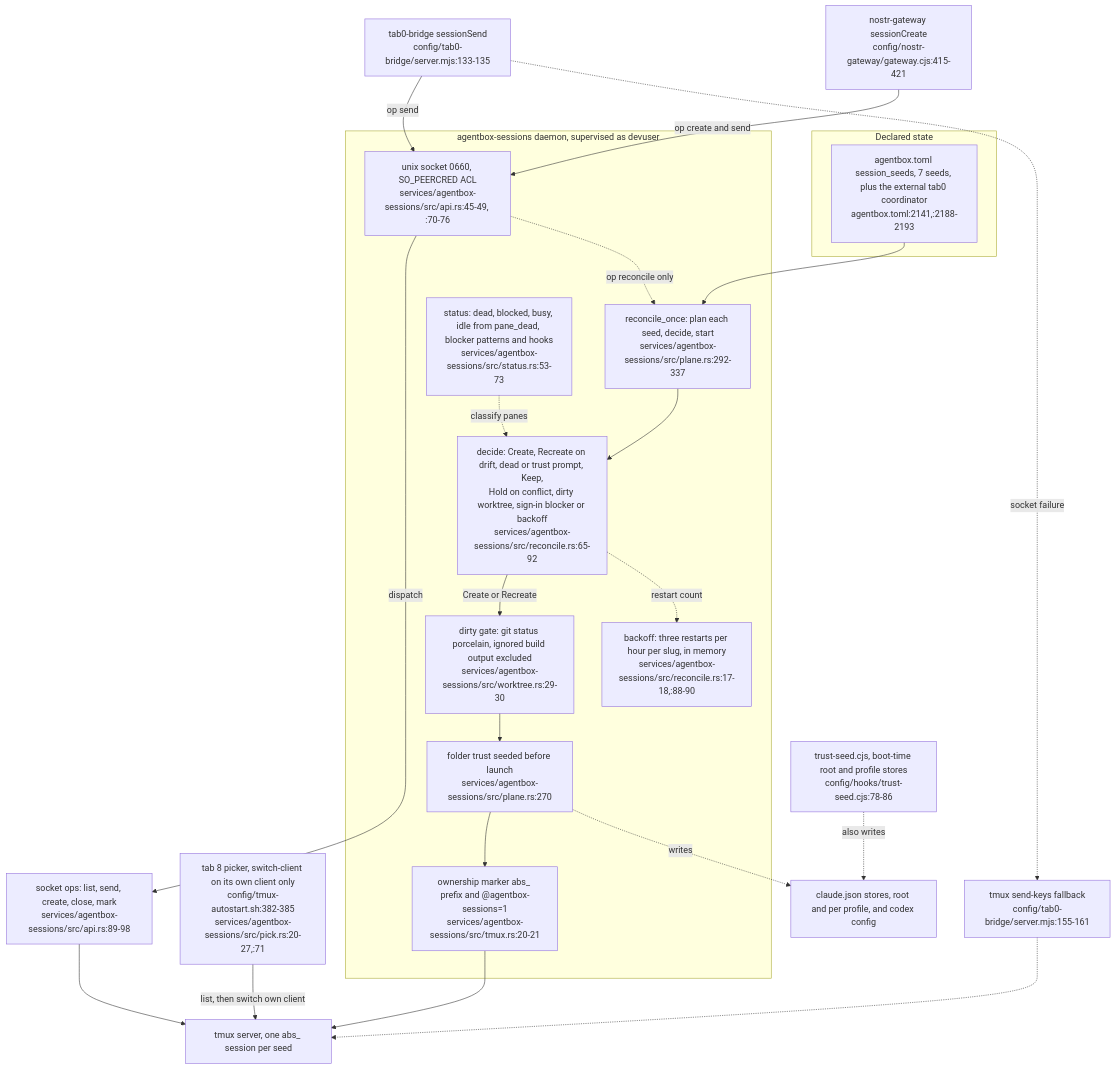
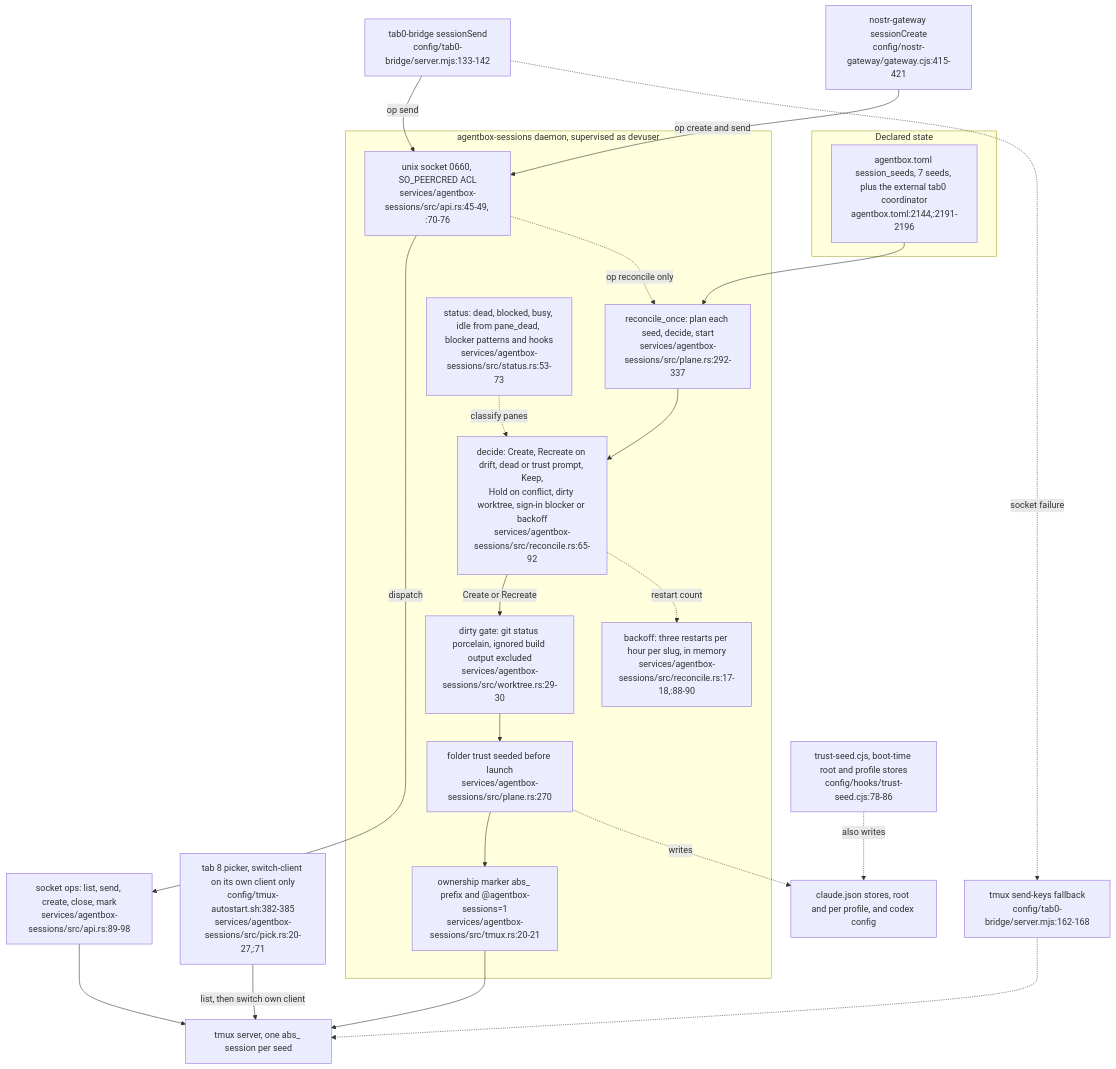
One commit to DreamLab-AI/VisionFlow changed diagram 12 of 12 in docs/diagrams/agentbox/12-tab0-bridge-and-interaction-plane.md. Above: the diagram before and after it, drawn with Mermaid. The commit also changed other lines of this file and 142 other files, not shown here.

First line of the commit message:
docs(diagrams): one System One route; re-verify 140 topics at today's heads

````diff
--- a/docs/diagrams/agentbox/12-tab0-bridge-and-interaction-plane.md
+++ b/docs/diagrams/agentbox/12-tab0-bridge-and-interaction-plane.md
@@ -523,43 +523,43 @@
 ```mermaid
 flowchart TB
     subgraph DECL["Declared state"]
-        MAN["agentbox.toml session_seeds, 7 seeds, plus the external tab0 coordinator<br/>agentbox.toml:2141,:2188-2193"]
+        MAN["agentbox.toml session_seeds, 7 seeds, plus the external tab0 coordinator<br/>agentbox.toml:2144,:2191-2196"]
     end
     subgraph DAEMON["agentbox-sessions daemon, supervised as devuser"]
         REC["reconcile_once: plan each seed, decide, start<br/>services/agentbox-sessions/src/plane.rs:292-337"]
         DEC["decide: Create, Recreate on drift, dead or trust prompt, Keep,<br/>Hold on conflict, dirty worktree, sign-in blocker or backoff<br/>services/agentbox-sessions/src/reconcile.rs:65-92"]
         DIRTY["dirty gate: git status porcelain, ignored build output excluded<br/>services/agentbox-sessions/src/worktree.rs:29-30"]
         BACK["backoff: three restarts per hour per slug, in memory<br/>services/agentbox-sessions/src/reconcile.rs:17-18,:88-90"]
         TRUST["folder trust seeded before launch<br/>services/agentbox-sessions/src/plane.rs:270"]
         OWN["ownership marker abs_ prefix and @agentbox-sessions=1<br/>services/agentbox-sessions/src/tmux.rs:20-21"]
         STAT["status: dead, blocked, busy, idle from pane_dead, blocker patterns and hooks<br/>services/agentbox-sessions/src/status.rs:53-73"]
         SOCK["unix socket 0660, SO_PEERCRED ACL<br/>services/agentbox-sessions/src/api.rs:45-49, :70-76"]
     end
     TMUX["tmux server, one abs_ session per seed"]
     PICK["tab 8 picker, switch-client on its own client only<br/>config/tmux-autostart.sh:382-385<br/>services/agentbox-sessions/src/pick.rs:20-27,:71"]
     OPS["socket ops: list, send, create, close, mark<br/>services/agentbox-sessions/src/api.rs:89-98"]
     STORES["claude.json stores, root and per profile, and codex config"]
-    TB["tab0-bridge sessionSend<br/>config/tab0-bridge/server.mjs:133-135"]
+    TB["tab0-bridge sessionSend<br/>config/tab0-bridge/server.mjs:133-142"]
     GW["nostr-gateway sessionCreate<br/>config/nostr-gateway/gateway.cjs:415-421"]
-    FB["tmux send-keys fallback<br/>config/tab0-bridge/server.mjs:155-161"]
+    FB["tmux send-keys fallback<br/>config/tab0-bridge/server.mjs:162-168"]
     TS["trust-seed.cjs, boot-time root and profile stores<br/>config/hooks/trust-seed.cjs:78-86"]
 
     MAN --> REC
     REC --> DEC
     DEC -->|Create or Recreate| DIRTY
     DIRTY --> TRUST
     TRUST --> OWN
     OWN --> TMUX
     DEC -.->|restart count| BACK
     STAT -.->|classify panes| DEC
     TB -->|op send| SOCK
     GW -->|op create and send| SOCK
     SOCK -->|dispatch| OPS
     OPS --> TMUX
     SOCK -.->|op reconcile only| REC
     TB -.->|socket failure| FB
     FB -.-> TMUX
     PICK -->|list, then switch own client| TMUX
     TRUST -.->|writes| STORES
     TS -.->|also writes| STORES
 ```
````
